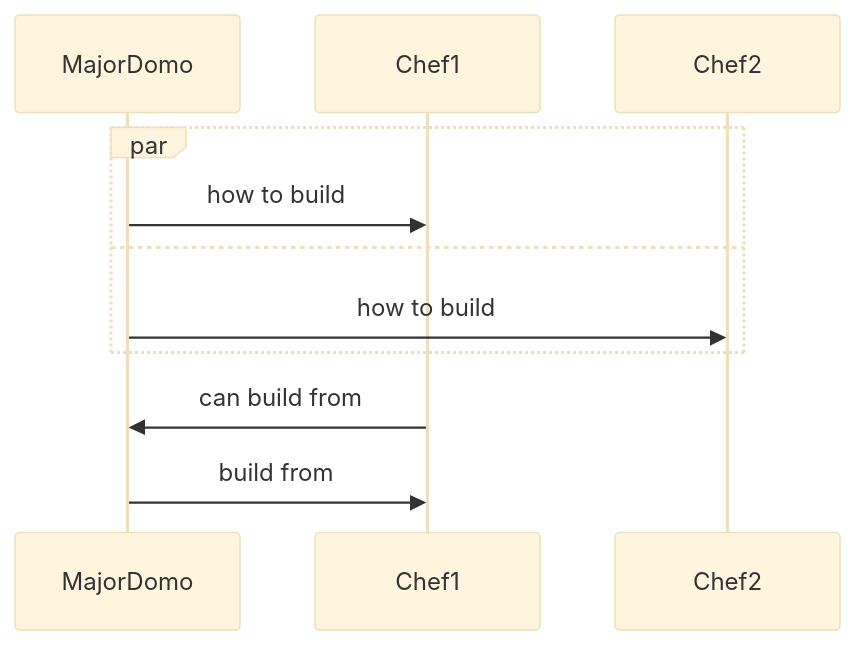
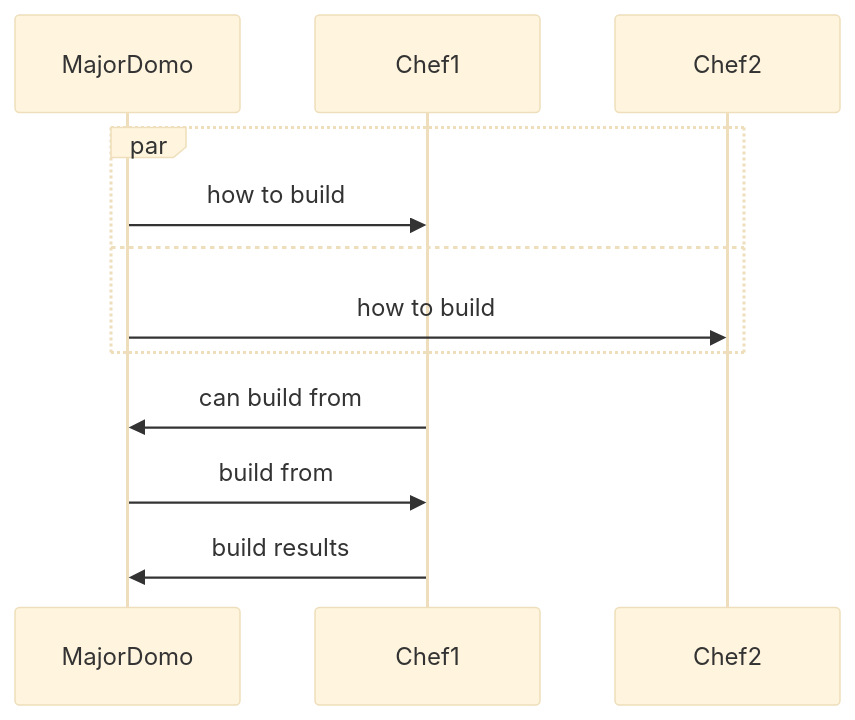
Before and after one commit to computePods/interfaces: the second of 2 diagrams in interfaces/Build.md, drawn with Mermaid (base theme). The commit also changed other lines of this file, not shown here.

Commit message:
added build results NATS message

````diff
--- a/interfaces/Build.md
+++ b/interfaces/Build.md
@@ -47,18 +47,19 @@
 ```mermaid
 
 sequenceDiagram
   participant MD as MajorDomo
   participant C1  as Chef1
   participant C2  as Chef2
 
   par
     MD->>C1 : how to build
   and
     MD->>C2 : how to build
   end
 
   C1->>MD : can build from
 
   MD->>C1 : build from
 
+  C1->>MD : build results
 ```
````
